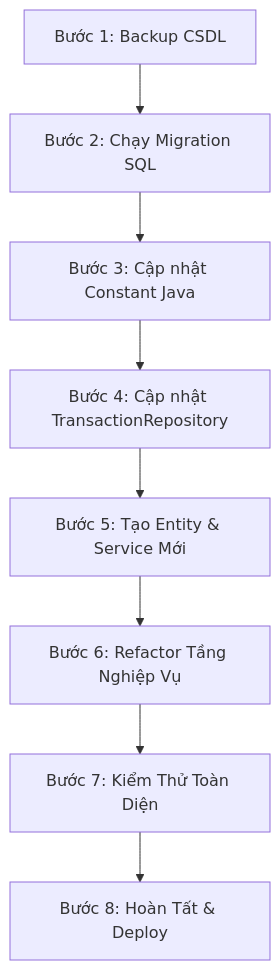
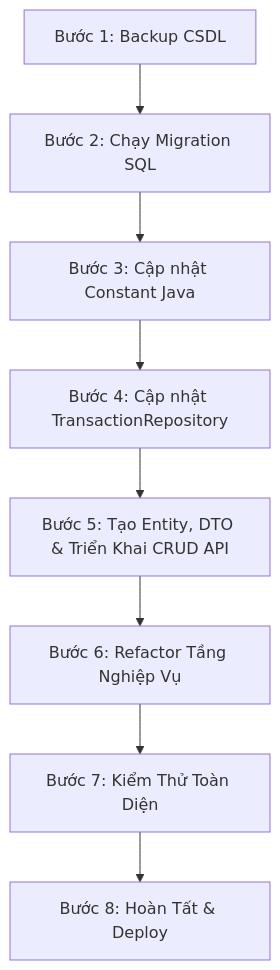
One commit to silly-man12/financial_management changed the diagram in financial_management/MIGRATION_CONSTANT_TO_DB.md. Above: the diagram before and after it, drawn with Mermaid. The commit also changed other lines of this file and 11 other files, not shown here.

````diff
--- a/financial_management/MIGRATION_CONSTANT_TO_DB.md
+++ b/financial_management/MIGRATION_CONSTANT_TO_DB.md
@@ -220,10 +318,10 @@
 ```mermaid
 flowchart TD
     S1["Bước 1: Backup CSDL"] --> S2["Bước 2: Chạy Migration SQL"]
     S2 --> S3["Bước 3: Cập nhật Constant Java"]
     S3 --> S4["Bước 4: Cập nhật TransactionRepository"]
-    S4 --> S5["Bước 5: Tạo Entity & Service Mới"]
+    S4 --> S5["Bước 5: Tạo Entity, DTO & Triển Khai CRUD API"]
     S5 --> S6["Bước 6: Refactor Tầng Nghiệp Vụ"]
     S6 --> S7["Bước 7: Kiểm Thử Toàn Diện"]
     S7 --> S8["Bước 8: Hoàn Tất & Deploy"]
 ```
````
